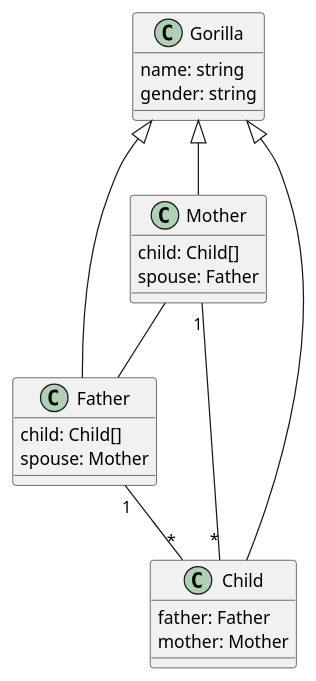
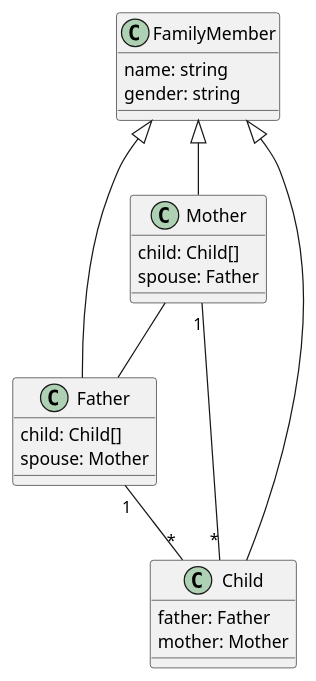
The diagram in uml/domain-model.puml (evaou/family-tree), drawn with PlantUML before and after one commit.

Commit message:
update familiy member

```diff
--- a/uml/domain-model.puml
+++ b/uml/domain-model.puml
@@ -1,32 +1,31 @@
 @startuml domain model
 
-class Gorilla {
+class FamilyMember {
     name: string
     gender: string
 }
 
 class Mother {
     child: Child[]
     spouse: Father
 }
 
 class Father {
     child: Child[]
     spouse: Mother
 }
 
 class Child {
     father: Father
     mother: Mother
 }
 
-Gorilla <|-- Mother
-Gorilla <|-- Father
-Gorilla <|-- Child
+FamilyMember <|-- Mother
+FamilyMember <|-- Father
+FamilyMember <|-- Child
 
 Mother "1" -- "*" Child
 Father "1" -- "*" Child
-
 Mother -- Father
 
 @enduml
```
